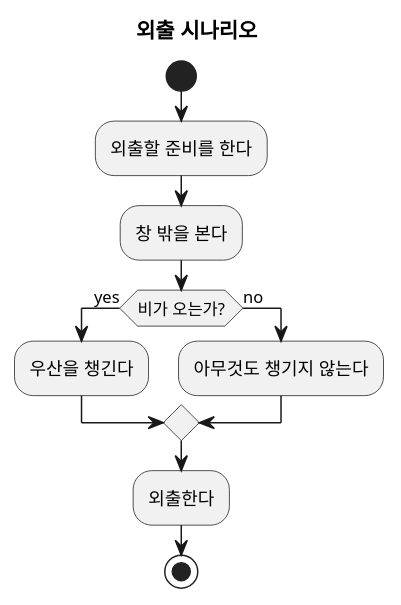
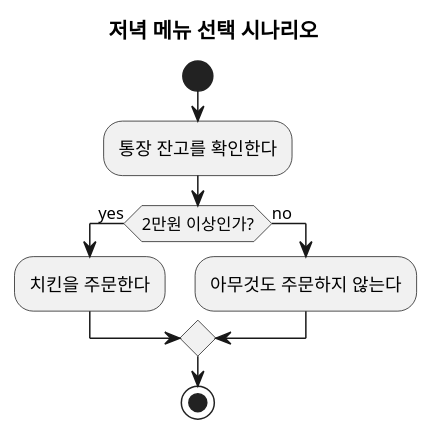
One commit to hiphop5782/all-in-one-java-resources changed the diagram in puml/if-01.puml. Above: the diagram before and after it, drawn with PlantUML.

```diff
--- a/puml/if-01.puml
+++ b/puml/if-01.puml
@@ -1,21 +1,18 @@
 @startuml
 
-title 외출 시나리오
+title 저녁 메뉴 선택 시나리오
 
 
 start
 
-:외출할 준비를 한다; 
+:통장 잔고를 확인한다; 
 
-:창 밖을 본다;
-
-if (비가 오는가?) then (yes)
-  :우산을 챙긴다;
+if (2만원 이상인가?) then (yes)
+  :치킨을 주문한다;
 else (no)
-  :아무것도 챙기지 않는다;
+  :아무것도 주문하지 않는다;
 endif
-:외출한다;
 
 stop
 
 @enduml
```
